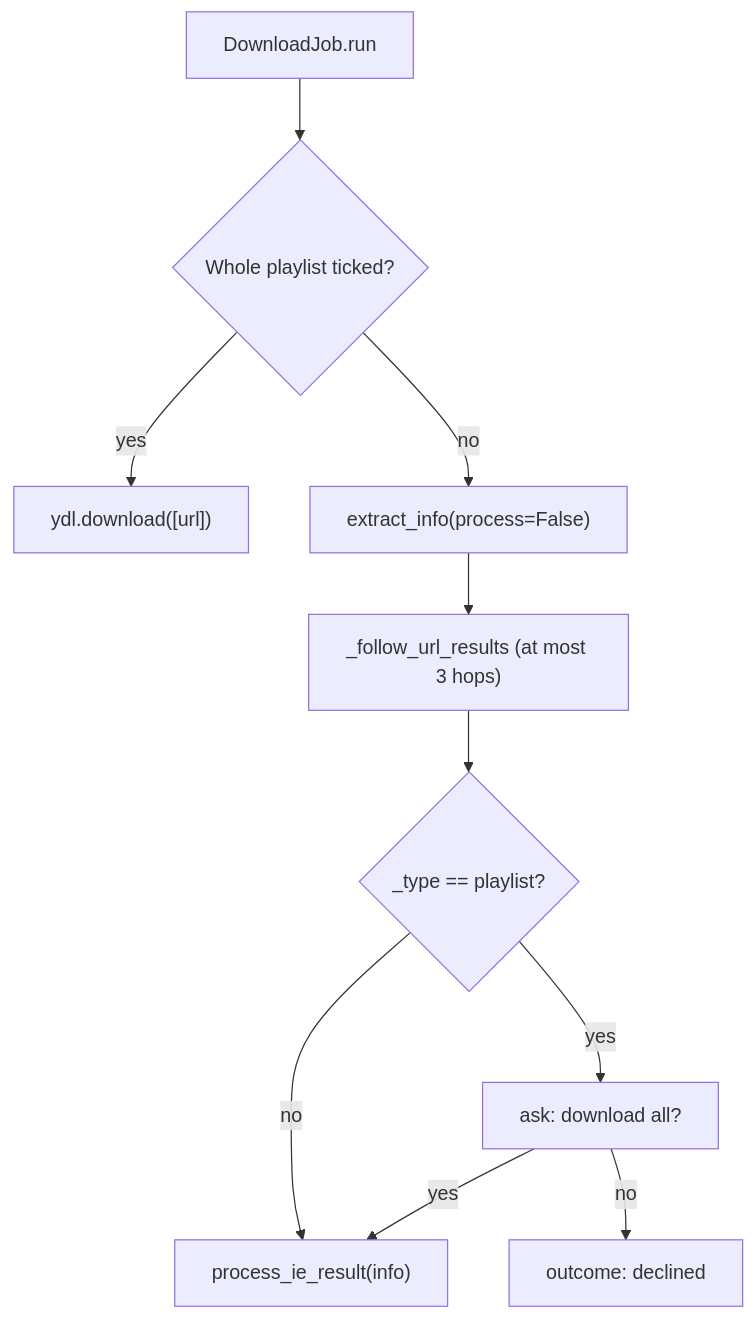
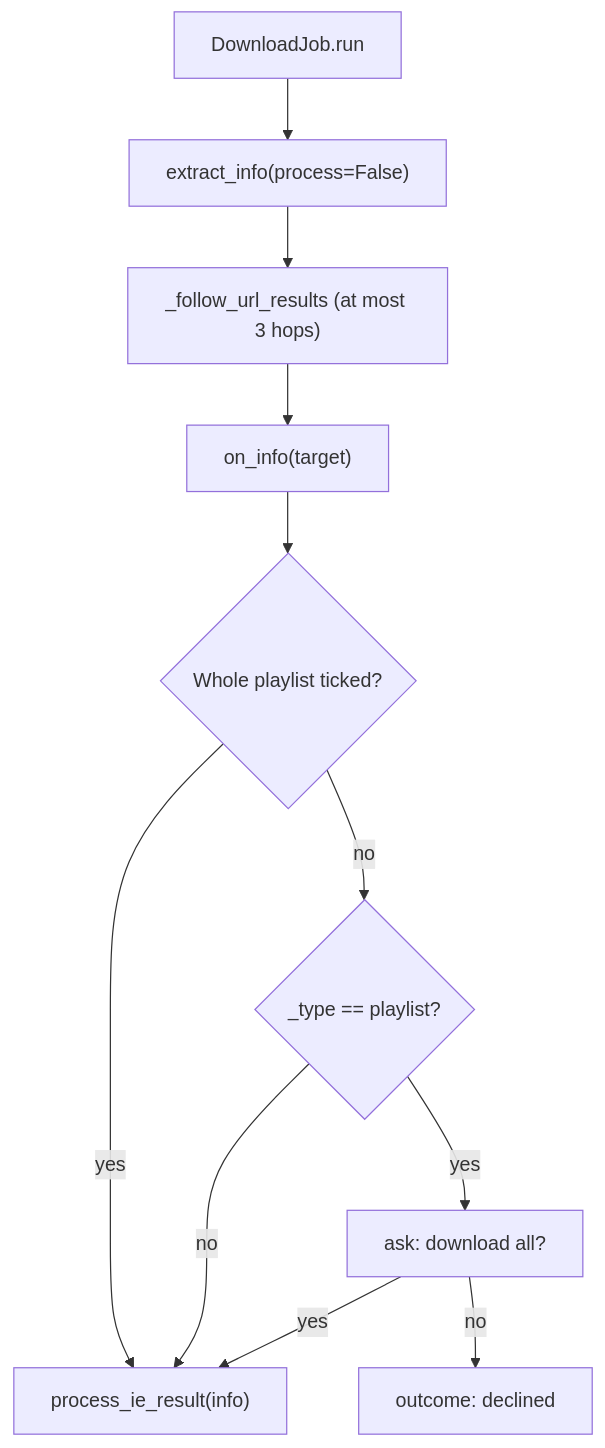
The second of 2 diagrams in docs/wiki/04-download-pipeline.md (lifeupnorth/YouTubeDownloader), drawn with Mermaid before and after one commit. The commit also changed other lines of this file and 8 other files, not shown here.

````diff
--- a/docs/wiki/04-download-pipeline.md
+++ b/docs/wiki/04-download-pipeline.md
@@ -89,12 +90,13 @@
 ```mermaid
 flowchart TD
-    start["DownloadJob.run"] --> ticked{"Whole playlist ticked?"}
-    ticked -- yes --> dl["ydl.download([url])"]
-    ticked -- no --> probe["extract_info(process=False)"]
+    start["DownloadJob.run"] --> probe["extract_info(process=False)"]
     probe --> follow["_follow_url_results (at most 3 hops)"]
-    follow --> isList{"_type == playlist?"}
+    follow --> info["on_info(target)"]
+    info --> ticked{"Whole playlist ticked?"}
+    ticked -- yes --> proc
+    ticked -- no --> isList{"_type == playlist?"}
     isList -- no --> proc["process_ie_result(info)"]
     isList -- yes --> ask["ask: download all?"]
     ask -- yes --> proc
     ask -- no --> declined["outcome: declined"]
 ```
````
